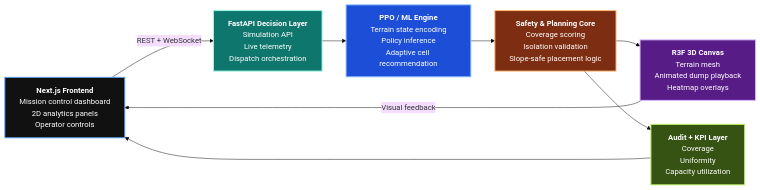
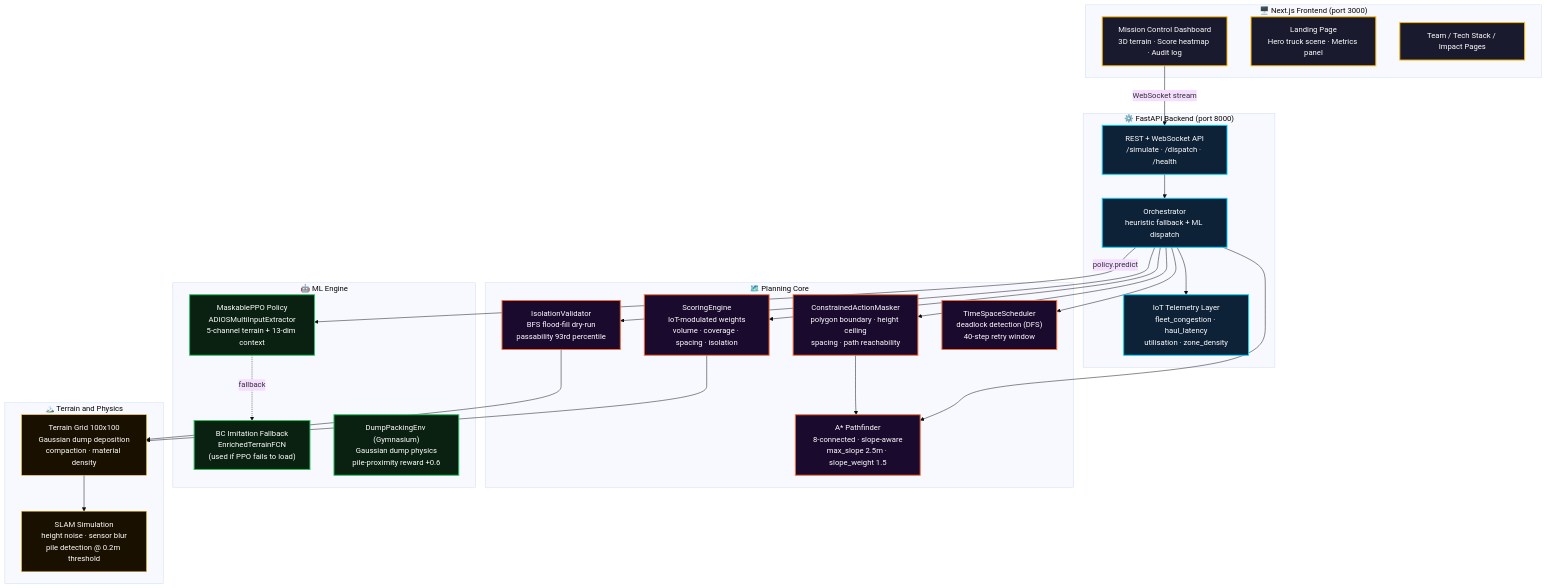
One commit to nush1729/adaptive-dump-intelligence changed the first of 5 diagrams in README.md. Above: the diagram before and after it, drawn with Mermaid (base theme). The commit also changed other lines of this file and 61 other files, not shown here.

````diff
--- a/README.md
+++ b/README.md
@@ -45,24 +46,60 @@
 ```mermaid
-flowchart LR
-    A["<b>Next.js Frontend</b><br/>Mission control dashboard<br/>2D analytics panels<br/>Operator controls"] -->|REST + WebSocket| B["<b>FastAPI Decision Layer</b><br/>Simulation API<br/>Live telemetry<br/>Dispatch orchestration"]
-    B --> C["<b>PPO / ML Engine</b><br/>Terrain state encoding<br/>Policy inference<br/>Adaptive cell recommendation"]
-    C --> D["<b>Safety & Planning Core</b><br/>Coverage scoring<br/>Isolation validation<br/>Slope-safe placement logic"]
-    D --> E["<b>R3F 3D Canvas</b><br/>Terrain mesh<br/>Animated dump playback<br/>Heatmap overlays"]
-    E -->|Visual feedback| A
-    D --> F["<b>Audit + KPI Layer</b><br/>Coverage<br/>Uniformity<br/>Capacity utilization"]
-    F --> A
+flowchart TD
+    subgraph FRONTEND["🖥️  Next.js Frontend (port 3000)"]
+        UI["Mission Control Dashboard\n3D terrain · Score heatmap · Audit log"]
+        LP["Landing Page\nHero truck scene · Metrics panel"]
+        TP["Team / Tech Stack / Impact Pages"]
+    end
 
-    classDef frontend fill:#111111,stroke:#60a5fa,color:#ffffff,stroke-width:2px;
-    classDef backend fill:#0f766e,stroke:#99f6e4,color:#ffffff,stroke-width:2px;
-    classDef ml fill:#1d4ed8,stroke:#93c5fd,color:#ffffff,stroke-width:2px;
-    classDef planning fill:#7c2d12,stroke:#fdba74,color:#ffffff,stroke-width:2px;
-    classDef viz fill:#581c87,stroke:#d8b4fe,color:#ffffff,stroke-width:2px;
-    classDef kpi fill:#365314,stroke:#bef264,color:#ffffff,stroke-width:2px;
+    subgraph BACKEND["⚙️  FastAPI Backend (port 8000)"]
+        API["REST + WebSocket API\n/simulate · /dispatch · /health"]
+        ORC["Orchestrator\nheuristic fallback + ML dispatch"]
+        IOT["IoT Telemetry Layer\nfleet_congestion · haul_latency\nutilisation · zone_density"]
+    end
 
-    class A frontend;
-    class B backend;
-    class C ml;
-    class D planning;
-    class E viz;
-    class F kpi;
+    subgraph PLANNING["🗺️  Planning Core"]
+        SCR["ScoringEngine\nIoT-modulated weights\nvolume · coverage · spacing · isolation"]
+        ISO["IsolationValidator\nBFS flood-fill dry-run\npassability 93rd percentile"]
+        MASK["ConstrainedActionMasker\npolygon boundary · height ceiling\nspacing · path reachability"]
+        PATH["A* Pathfinder\n8-connected · slope-aware\nmax_slope 2.5m · slope_weight 1.5"]
+        SCHED["TimeSpaceScheduler\ndeadlock detection (DFS)\n40-step retry window"]
+    end
+
+    subgraph ML["🤖  ML Engine"]
+        PPO["MaskablePPO Policy\nADIOSMultiInputExtractor\n5-channel terrain + 13-dim context"]
+        BC["BC Imitation Fallback\nEnrichedTerrainFCN\n(used if PPO fails to load)"]
+        ENV["DumpPackingEnv (Gymnasium)\nGaussian dump physics\npile-proximity reward +0.6"]
+    end
+
+    subgraph TERRAIN["🏔️  Terrain and Physics"]
+        TER["Terrain Grid 100x100\nGaussian dump deposition\ncompaction · material density"]
+        SLAM["SLAM Simulation\nheight noise · sensor blur\npile detection @ 0.2m threshold"]
+    end
+
+    UI -->|WebSocket stream| API
+    API --> ORC
+    ORC --> IOT
+    ORC --> SCR
+    ORC --> ISO
+    ORC --> MASK
+    ORC --> PATH
+    ORC --> SCHED
+    ORC -->|policy.predict| PPO
+    PPO -.->|fallback| BC
+    SCR --> TER
+    ISO --> TER
+    MASK --> PATH
+    TER --> SLAM
+
+    classDef fe fill:#1a1a2e,stroke:#FFB800,color:#fff,stroke-width:2px
+    classDef be fill:#0d2137,stroke:#00D4FF,color:#fff,stroke-width:2px
+    classDef plan fill:#1a0a2e,stroke:#FF6B35,color:#fff,stroke-width:2px
+    classDef ml fill:#0a2010,stroke:#22C55E,color:#fff,stroke-width:2px
+    classDef ter fill:#1a1000,stroke:#FFB800,color:#fff,stroke-width:1px
+
+    class UI,LP,TP fe
+    class API,ORC,IOT be
+    class SCR,ISO,MASK,PATH,SCHED plan
+    class PPO,BC,ENV ml
+    class TER,SLAM ter
 ```
````
